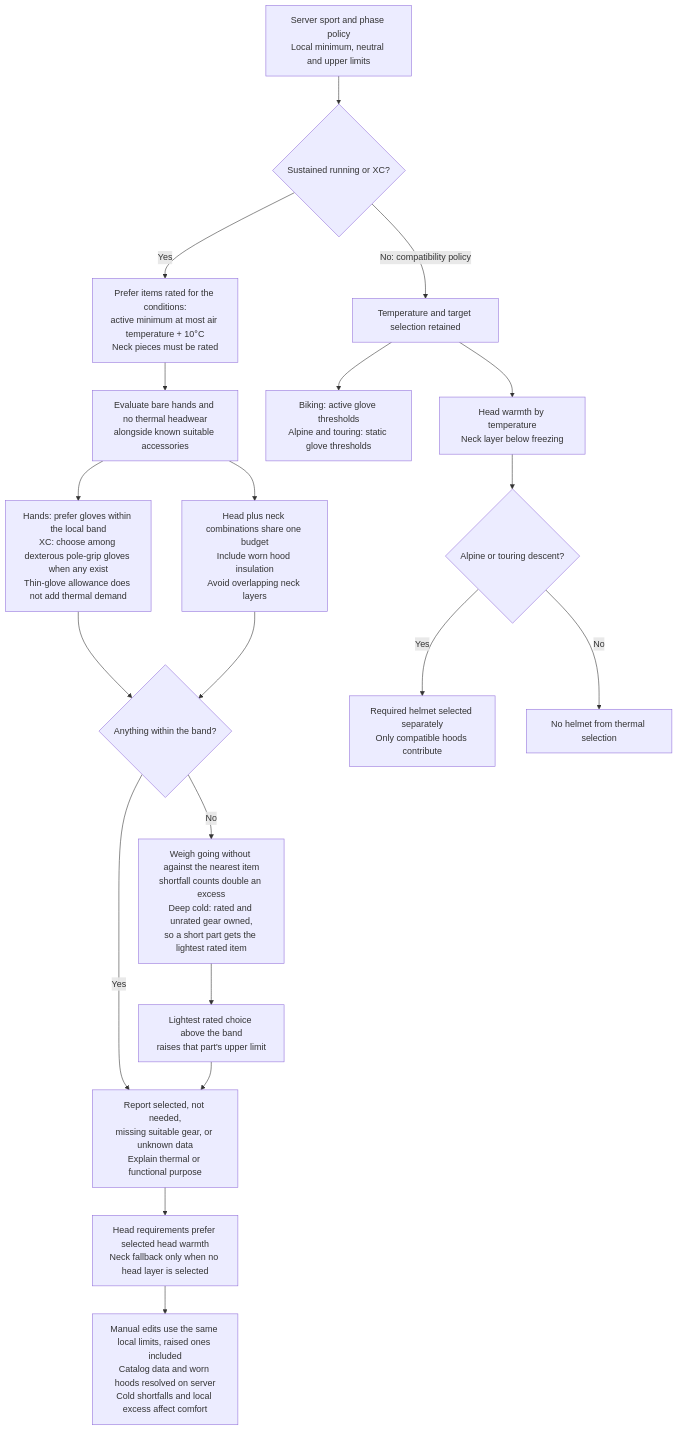
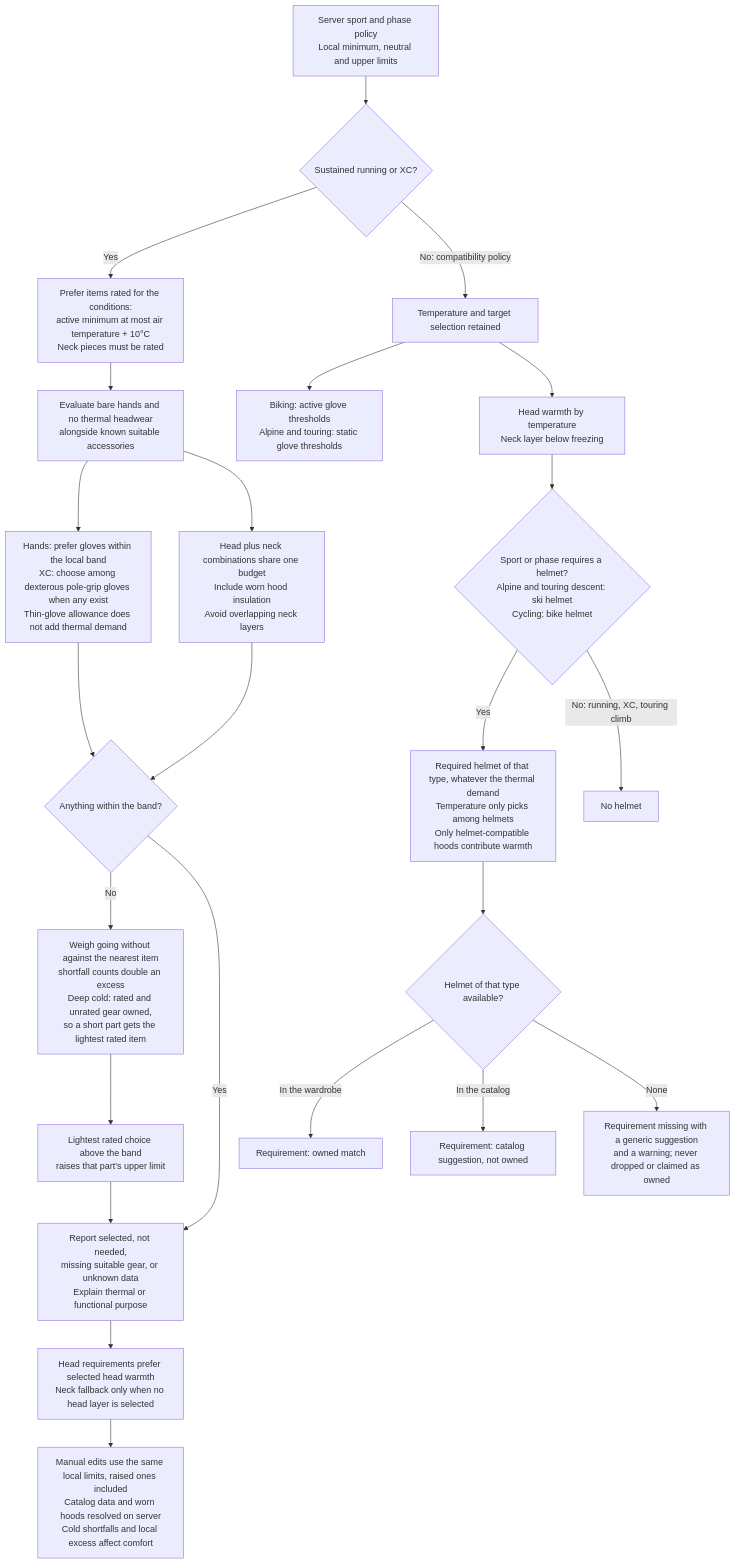
One commit to derobertsw/swttr changed the sixth of 7 diagrams in README.md. Above: the diagram before and after it, drawn with Mermaid. The commit also changed other lines of this file and 18 other files, not shown here.

First line of the commit message:
Report missing required helmets and add a bike helmet for cycling (#373)

````diff
--- a/README.md
+++ b/README.md
@@ -276,22 +277,26 @@
 ```mermaid
 graph TD
     EXT[Server sport and phase policy<br/>Local minimum, neutral and upper limits] --> MODE{Sustained running or XC?}
     MODE -->|Yes| RATED[Prefer items rated for the conditions:<br/>active minimum at most air temperature + 10°C<br/>Neck pieces must be rated]
     RATED --> BARE[Evaluate bare hands and no thermal headwear<br/>alongside known suitable accessories]
     BARE --> HAND[Hands: prefer gloves within the local band<br/>XC: choose among dexterous pole-grip gloves when any exist<br/>Thin-glove allowance does not add thermal demand]
     BARE --> HEAD[Head plus neck combinations share one budget<br/>Include worn hood insulation<br/>Avoid overlapping neck layers]
     HAND --> FIT{Anything within the band?}
     HEAD --> FIT
     FIT -->|No| NEAREST[Weigh going without against the nearest item<br/>shortfall counts double an excess<br/>Deep cold: rated and unrated gear owned,<br/>so a short part gets the lightest rated item]
     NEAREST --> LIMIT[Lightest rated choice above the band<br/>raises that part's upper limit]
     FIT -->|Yes| STATE
     LIMIT --> STATE[Report selected, not needed,<br/>missing suitable gear, or unknown data<br/>Explain thermal or functional purpose]
     STATE --> MATCH[Head requirements prefer selected head warmth<br/>Neck fallback only when no head layer is selected]
     MATCH --> EDIT[Manual edits use the same local limits, raised ones included<br/>Catalog data and worn hoods resolved on server<br/>Cold shortfalls and local excess affect comfort]
     MODE -->|No: compatibility policy| LEGACY[Temperature and target selection retained]
     LEGACY --> LHAND[Biking: active glove thresholds<br/>Alpine and touring: static glove thresholds]
     LEGACY --> LHEAD[Head warmth by temperature<br/>Neck layer below freezing]
-    LHEAD --> HELMET{Alpine or touring descent?}
-    HELMET -->|Yes| REQUIRED[Required helmet selected separately<br/>Only compatible hoods contribute]
-    HELMET -->|No| NOHELMET[No helmet from thermal selection]
+    LHEAD --> HELMET{Sport or phase requires a helmet?<br/>Alpine and touring descent: ski helmet<br/>Cycling: bike helmet}
+    HELMET -->|Yes| REQUIRED[Required helmet of that type, whatever the thermal demand<br/>Temperature only picks among helmets<br/>Only helmet-compatible hoods contribute warmth]
+    HELMET -->|No: running, XC, touring climb| NOHELMET[No helmet]
+    REQUIRED --> HREQ{Helmet of that type available?}
+    HREQ -->|In the wardrobe| HOWNED[Requirement: owned match]
+    HREQ -->|In the catalog| HCAT[Requirement: catalog suggestion, not owned]
+    HREQ -->|None| HMISS[Requirement missing with a generic suggestion<br/>and a warning; never dropped or claimed as owned]
 ```
````
